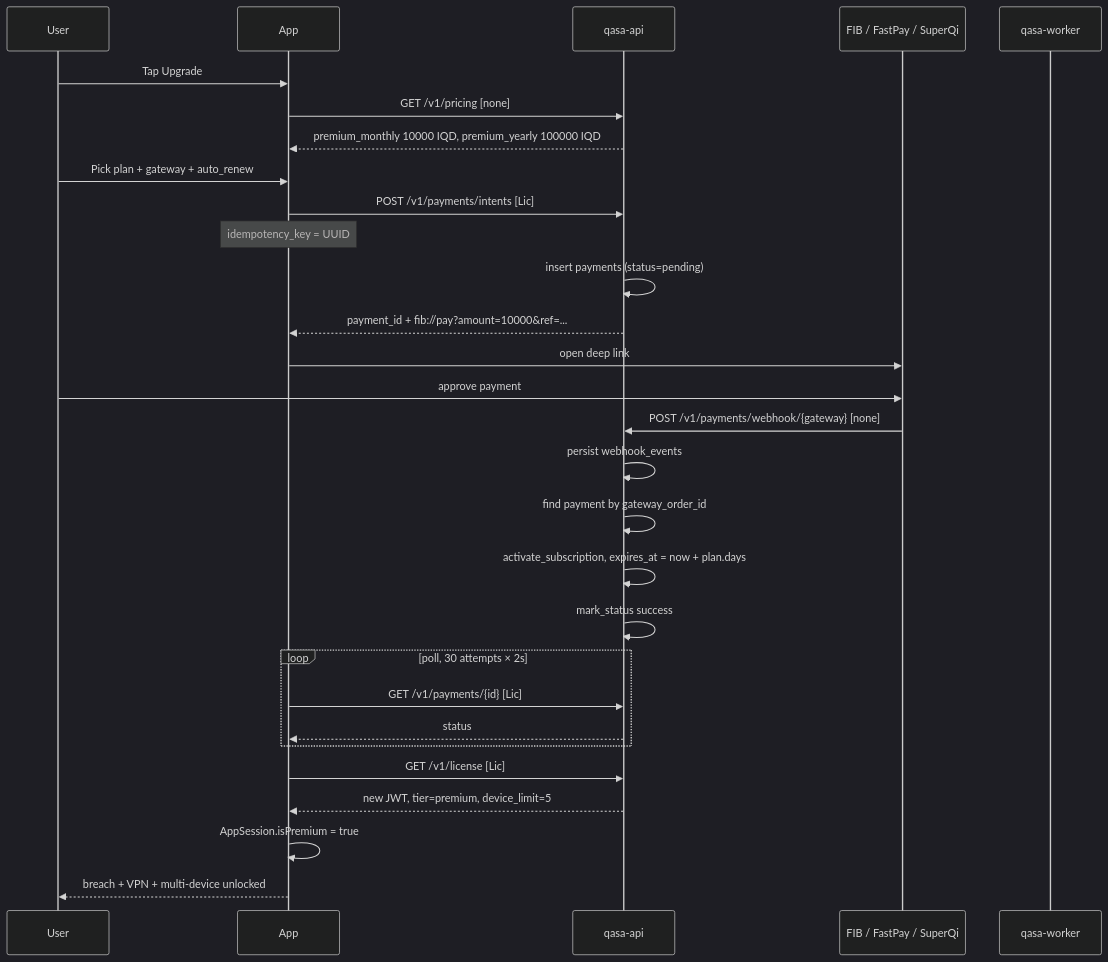
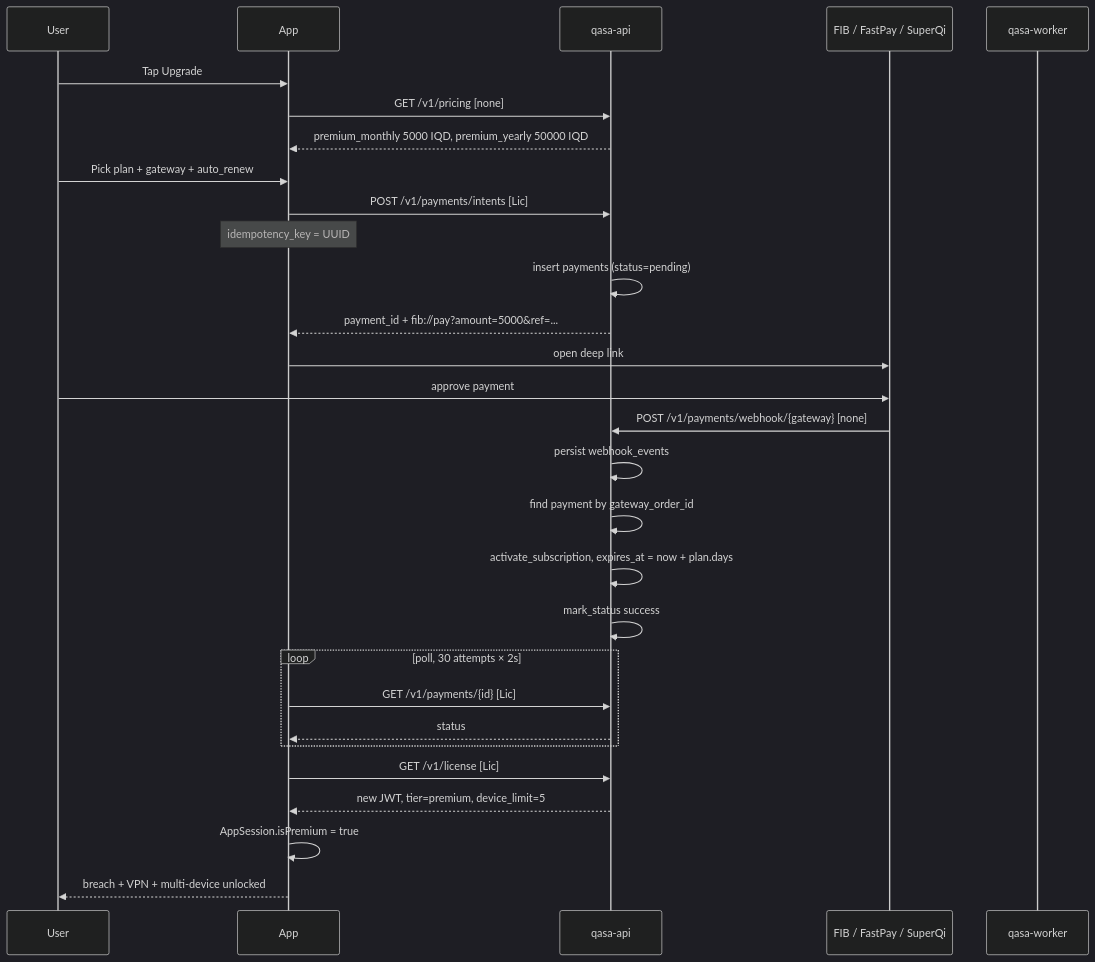
The fourth of 18 diagrams in docs/application-flow.md (Ali559/Qasa), drawn with Mermaid (dark theme) before and after one commit. The commit also changed 45 other files, not shown here.

````diff
--- a/docs/application-flow.md
+++ b/docs/application-flow.md
@@ -176,32 +176,32 @@
 ```mermaid
 sequenceDiagram
     participant U as User
     participant A as App
     participant S as qasa-api
     participant G as FIB / FastPay / SuperQi
     participant W as qasa-worker
 
     U->>A: Tap Upgrade
     A->>S: GET /v1/pricing  [none]
-    S-->>A: premium_monthly 10000 IQD, premium_yearly 100000 IQD
+    S-->>A: premium_monthly 5000 IQD, premium_yearly 50000 IQD
     U->>A: Pick plan + gateway + auto_renew
     A->>S: POST /v1/payments/intents  [Lic]
     Note over A: idempotency_key = UUID
     S->>S: insert payments (status=pending)
-    S-->>A: payment_id + fib://pay?amount=10000&ref=...
+    S-->>A: payment_id + fib://pay?amount=5000&ref=...
     A->>G: open deep link
     U->>G: approve payment
     G->>S: POST /v1/payments/webhook/{gateway}  [none]
     S->>S: persist webhook_events
     S->>S: find payment by gateway_order_id
     S->>S: activate_subscription, expires_at = now + plan.days
     S->>S: mark_status success
     loop poll, 30 attempts × 2s
         A->>S: GET /v1/payments/{id}  [Lic]
         S-->>A: status
     end
     A->>S: GET /v1/license  [Lic]
     S-->>A: new JWT, tier=premium, device_limit=5
     A->>A: AppSession.isPremium = true
     A-->>U: breach + VPN + multi-device unlocked
 ```
````
